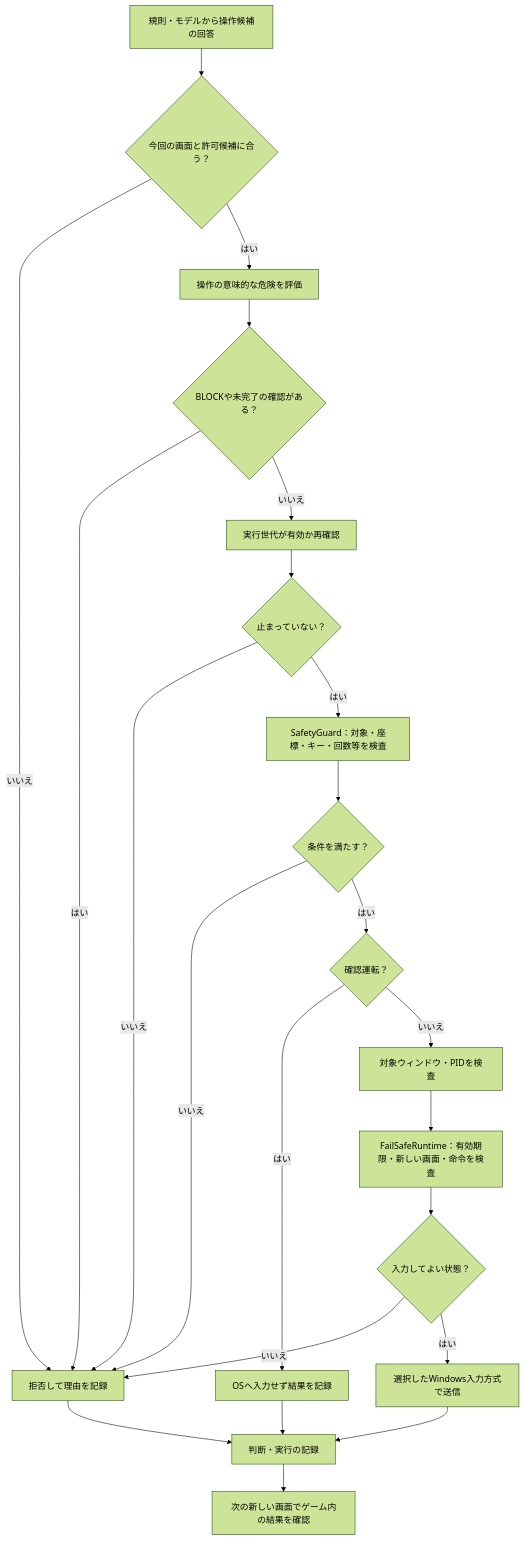
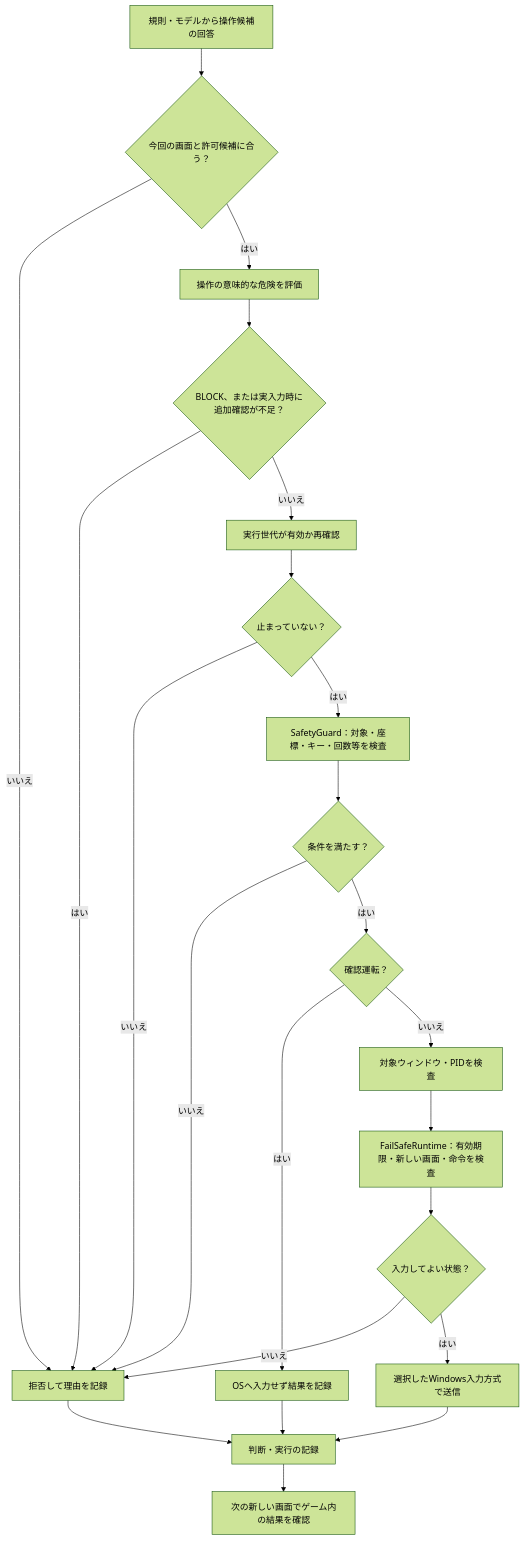
The first of 2 diagrams in doc/guide/safety.md (tomiya7688/AI_game_player), drawn with Mermaid (forest theme) before and after one commit. The commit also changed other lines of this file and 1 other file, not shown here.

````diff
--- a/doc/guide/safety.md
+++ b/doc/guide/safety.md
@@ -13,25 +13,25 @@
 ```mermaid
 flowchart TD
     A["規則・モデルから操作候補の回答"] --> B{"今回の画面と許可候補に合う？"}
     B -->|いいえ| N["拒否して理由を記録"]
     B -->|はい| C["操作の意味的な危険を評価"]
-    C --> D{"BLOCKや未完了の確認がある？"}
+    C --> D{"BLOCK、または実入力時に追加確認が不足？"}
     D -->|はい| N
     D -->|いいえ| E["実行世代が有効か再確認"]
     E --> F{"止まっていない？"}
     F -->|いいえ| N
     F -->|はい| G["SafetyGuard：対象・座標・キー・回数等を検査"]
     G --> H{"条件を満たす？"}
     H -->|いいえ| N
     H -->|はい| I{"確認運転？"}
     I -->|はい| J["OSへ入力せず結果を記録"]
     I -->|いいえ| K["対象ウィンドウ・PIDを検査"]
     K --> L["FailSafeRuntime：有効期限・新しい画面・命令を検査"]
     L --> M{"入力してよい状態？"}
     M -->|いいえ| N
     M -->|はい| O["選択したWindows入力方式で送信"]
     J --> P["判断・実行の記録"]
     O --> P
     N --> P
     P --> Q["次の新しい画面でゲーム内の結果を確認"]
 ```
````
